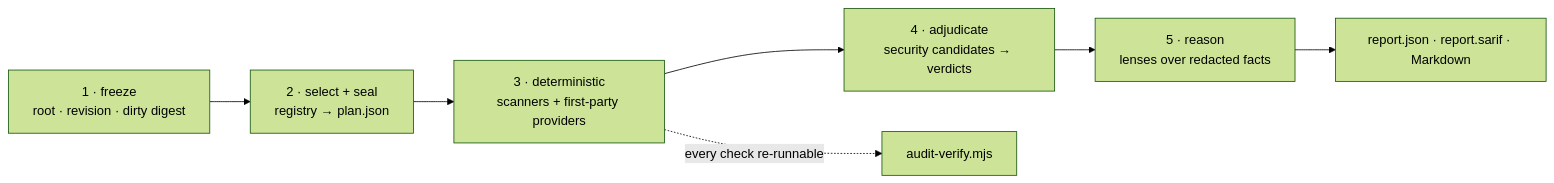
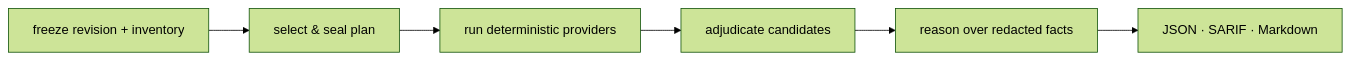
One commit to Orthic-Labs/legion changed the second of 2 diagrams in README.md. Above: the diagram before and after it, drawn with Mermaid (forest theme). The commit also changed other lines of this file and 32 other files, not shown here.

````diff
--- a/README.md
+++ b/README.md
@@ -81,9 +89,8 @@
 ```mermaid
 flowchart LR
-    A["1 · freeze<br/>root · revision · dirty digest"] --> B["2 · select + seal<br/>registry → plan.json"]
-    B --> C["3 · deterministic<br/>scanners + first-party providers"]
-    C --> D["4 · adjudicate<br/>security candidates → verdicts"]
-    D --> E["5 · reason<br/>lenses over redacted facts"]
-    E --> F["report.json · report.sarif · Markdown"]
-    C -. every check re-runnable .-> V["audit-verify.mjs"]
+  A["freeze revision + inventory"] --> B["select & seal plan"]
+  B --> C["run deterministic providers"]
+  C --> D["adjudicate candidates"]
+  D --> E["reason over redacted facts"]
+  E --> F["JSON · SARIF · Markdown"]
 ```
````
